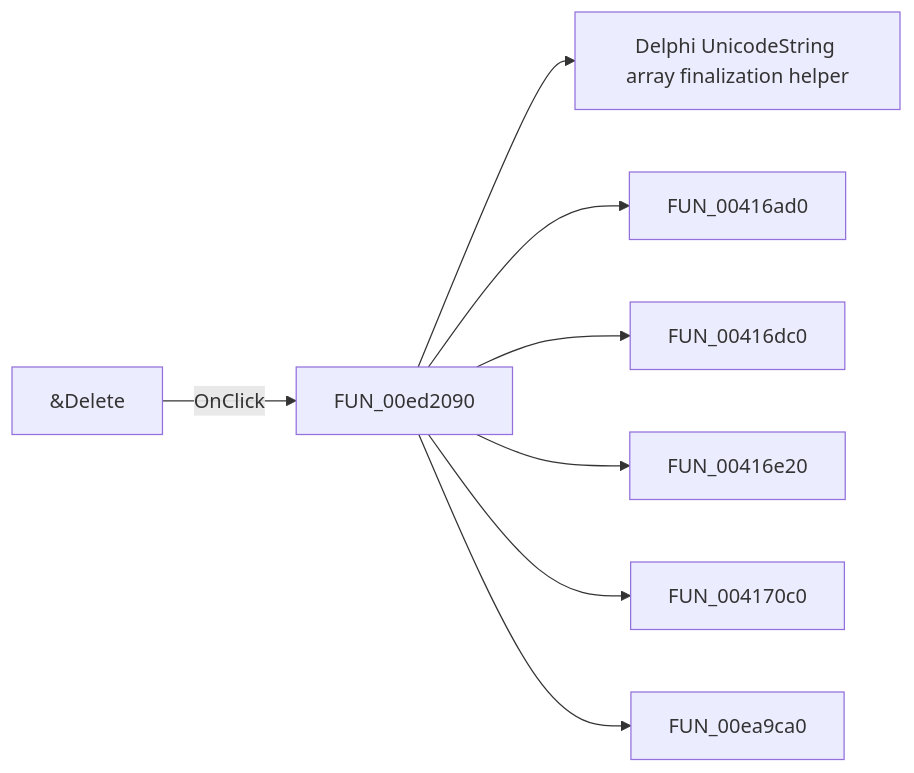
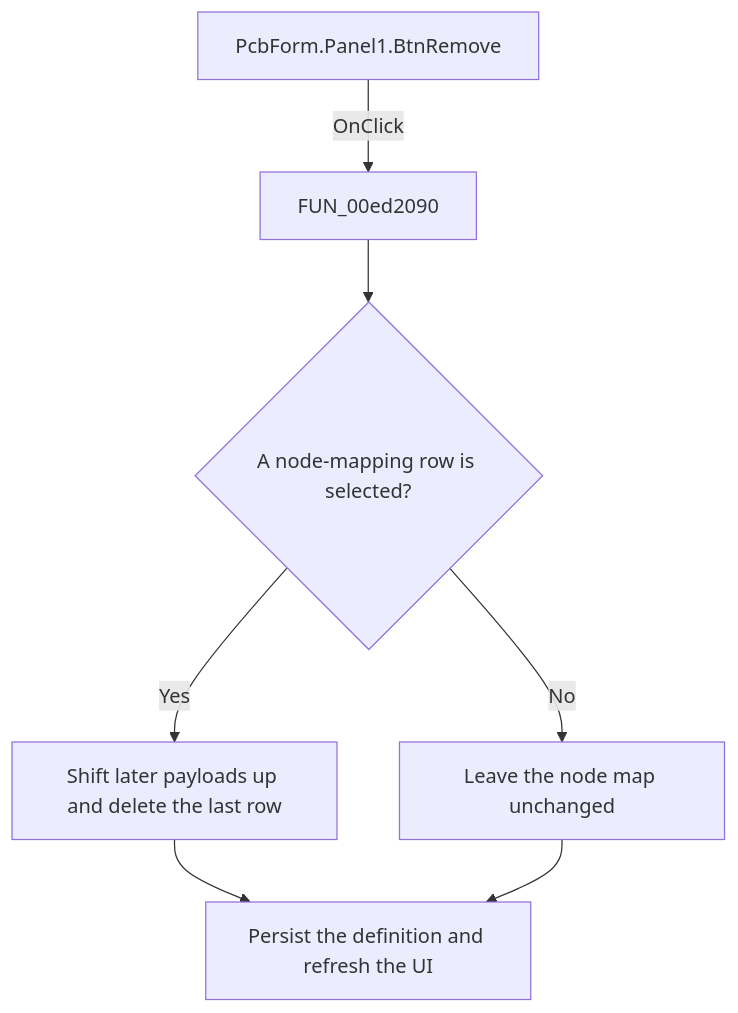
Before and after one commit to MovGP0/TIARA: the diagram in docs/ui-controls/pcbform/btnremove-c0439cb32e.md, drawn with Mermaid. The commit also changed other lines of this file and 1062 other files, not shown here.

````diff
--- a/docs/ui-controls/pcbform/btnremove-c0439cb32e.md
+++ b/docs/ui-controls/pcbform/btnremove-c0439cb32e.md
@@ -27,10 +29,9 @@
 ```mermaid
-flowchart LR
-    control["&Delete"] -->|OnClick| handler["FUN_00ed2090"]
-    handler --> call1["Delphi UnicodeString array finalization helper"]
-    handler --> call2["FUN_00416ad0"]
-    handler --> call3["FUN_00416dc0"]
-    handler --> call4["FUN_00416e20"]
-    handler --> call5["FUN_004170c0"]
-    handler --> call6["FUN_00ea9ca0"]
+flowchart TD
+    control["PcbForm.Panel1.BtnRemove"] -->|OnClick| handler["FUN_00ed2090"]
+    handler --> decision{"A node-mapping row is selected?"}
+    decision -->|Yes| action["Shift later payloads up and delete the last row"]
+    decision -->|No| noop["Leave the node map unchanged"]
+    action --> outcome["Persist the definition and refresh the UI"]
+    noop --> outcome
 ```
````
